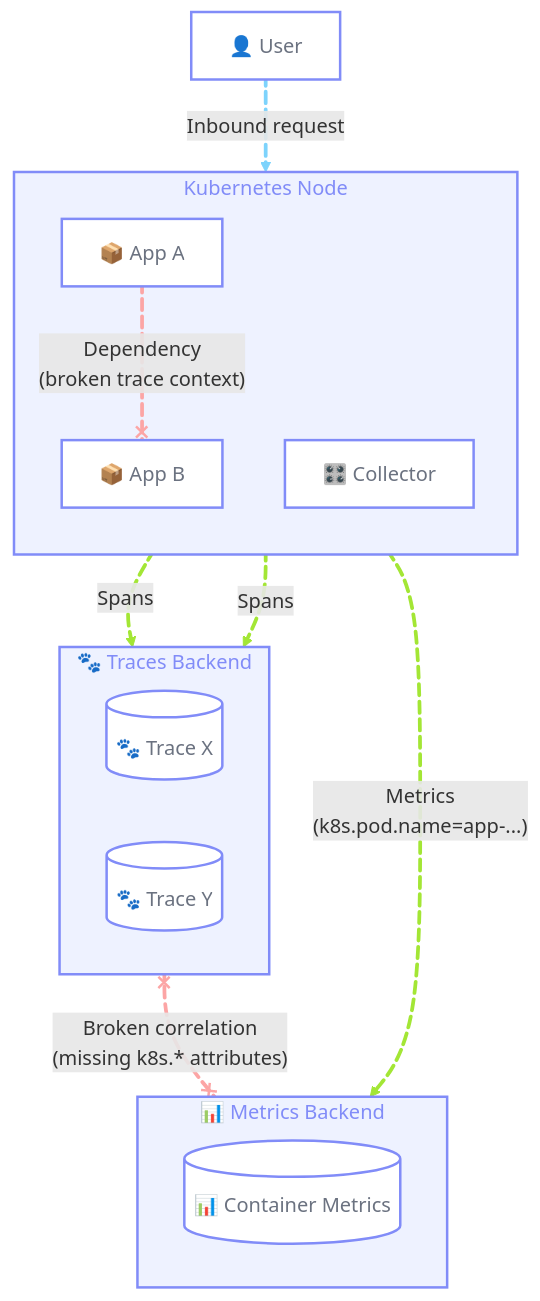
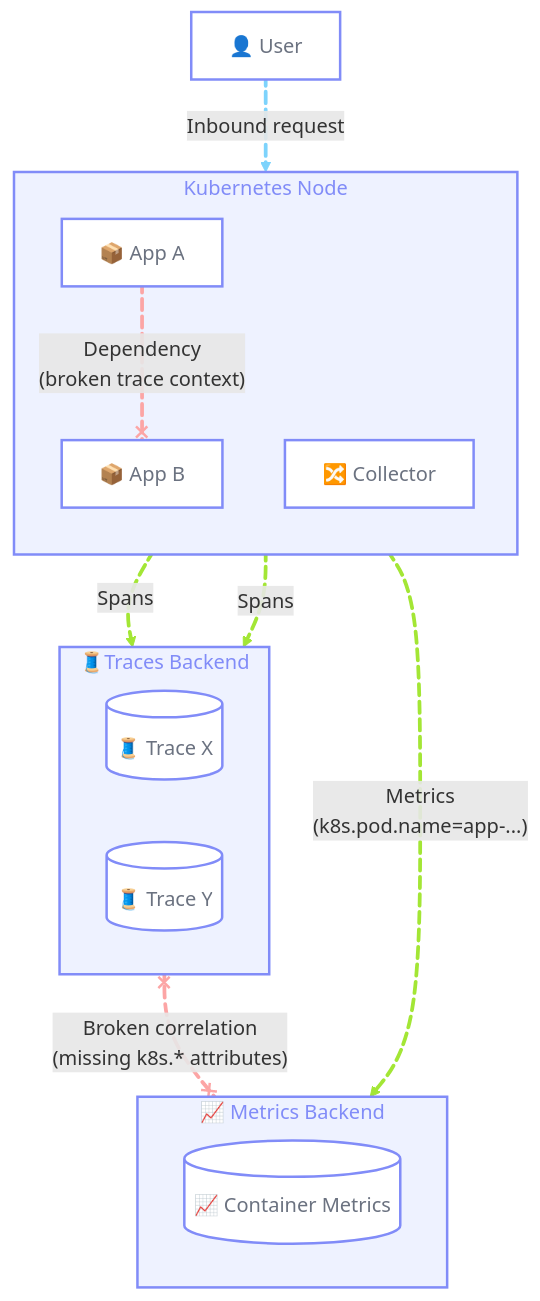
One commit to open-telemetry/opentelemetry.io changed the first of 4 diagrams in content/en/docs/guidance/blueprints/centralized-platforms.md. Above: the diagram before and after it, drawn with Mermaid. The commit also changed other lines of this file, not shown here.

````diff
--- a/content/en/docs/guidance/blueprints/centralized-platforms.md
+++ b/content/en/docs/guidance/blueprints/centralized-platforms.md
@@ -82,49 +82,49 @@
 ```mermaid
 ---
 config:
   flowchart:
     curve: basis
 ---
 flowchart TB
   subgraph K8sNode["Kubernetes Node"]
     direction TB
     AppA["📦 App A"]:::node
     AppB["📦 App B"]:::node
-    Collector["🎛️️ Collector"]:::node
+    Collector["🔀 Collector"]:::node
   end
 
-  subgraph TracesDB["🐾️ Traces Backend"]
+  subgraph TracesDB["🧵️Traces Backend"]
     direction LR
-    TraceX[("🐾 Trace X")]:::node
-    TraceY[("🐾 Trace Y")]:::node
+    TraceX[("🧵 Trace X")]:::node
+    TraceY[("🧵 Trace Y")]:::node
   end
 
-  subgraph MetricsDB["📊️ Metrics Backend"]
-    Metrics[("📊 Container Metrics")]:::node
+  subgraph MetricsDB["📈 Metrics Backend"]
+    Metrics[("📈 Container Metrics")]:::node
   end
 
   User["👤 User"]:::node
 
   User L_User_AppA@-- Inbound request --> AppA
   AppA L_AppA_AppB@-. "Dependency<br>(broken trace context)" .-x AppB
   TracesDB L_TracesDB_MetricsDB@x-. "Broken correlation<br>(missing k8s.* attributes)" .-x MetricsDB
   AppA L_AppA_TraceX@== Spans ==> TraceX
   AppB L_AppB_TraceY@== Spans ==> TraceY
   Collector L_Collector_MetricsDB@== "Metrics<br>(k8s.pod.name=app-...)" ==> MetricsDB
 
   classDef node fill:#ffffff, stroke:#818cf8, stroke-width:2px, color:#6b7280
   style K8sNode fill:#eef2ff, stroke:#818cf8, stroke-width:2px, color:#818cf8
   style TracesDB fill:#eef2ff, stroke:#818cf8, stroke-width:2px, color:#818cf8
   style MetricsDB fill:#eef2ff, stroke:#818cf8, stroke-width:2px, color:#818cf8
   linkStyle 0 stroke:#7dd3fc, fill:none, stroke-width:3px
   linkStyle 1 stroke:#fca5a5, fill:none, stroke-width:3px
   linkStyle 2 stroke:#fca5a5, fill:none, stroke-width:3px
   linkStyle 3,4,5 stroke:#a3e635, fill:none, stroke-width:3px
 
   L_User_AppA@{ animation: slow }
   L_AppA_AppB@{ animation: slow }
   L_TracesDB_MetricsDB@{ animation: slow }
   L_AppA_TraceX@{ animation: fast }
   L_AppB_TraceY@{ animation: fast }
   L_Collector_MetricsDB@{ animation: fast }
 ```
````
